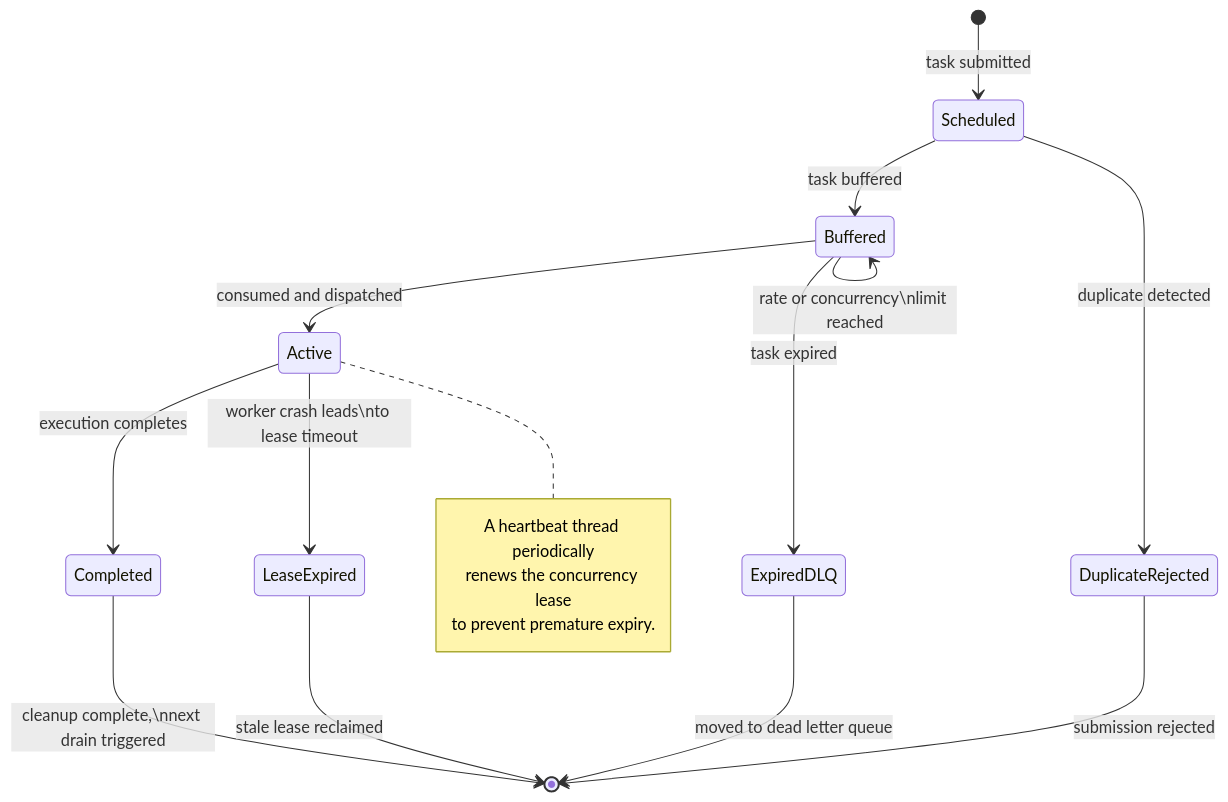
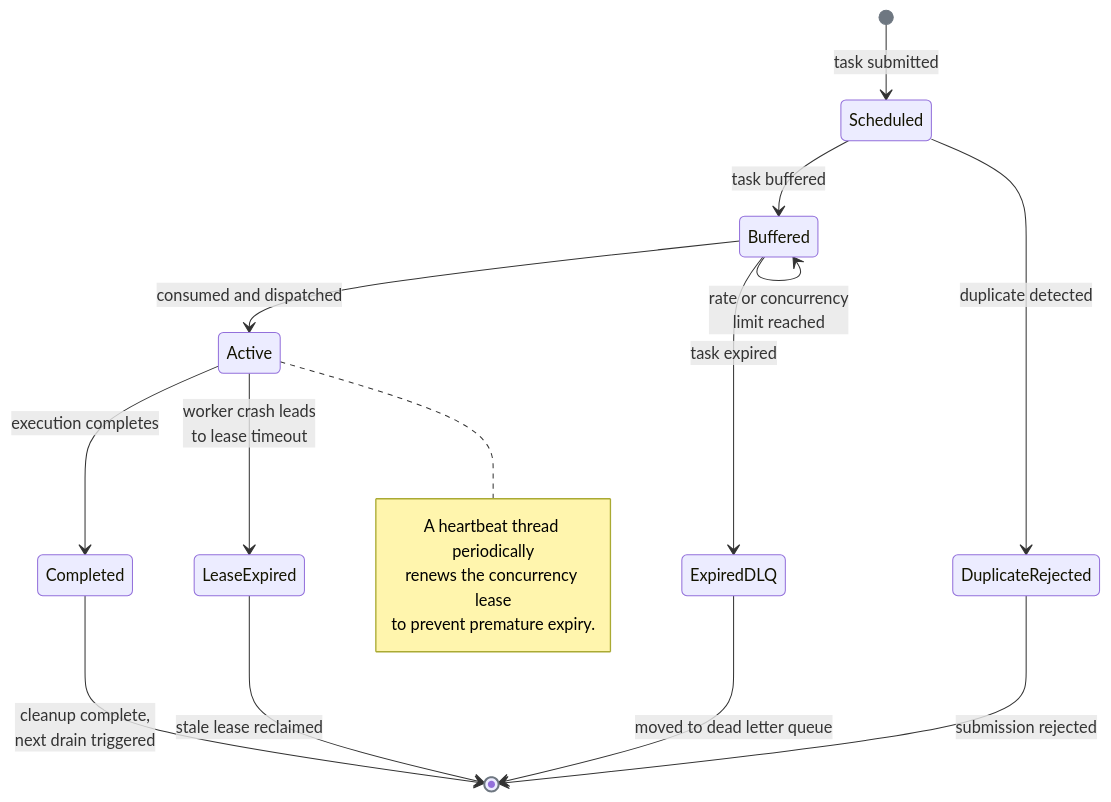
Before and after one commit to melroy999/redis-rate-limiter: the diagram in docs/architecture/task-states.md, drawn with Mermaid. The commit also changed 20 other files, not shown here.

Commit message:
[/async] Fixed test section dividers and line breaks + darkmode colors in mermaid diagrams.

````diff
--- a/docs/architecture/task-states.md
+++ b/docs/architecture/task-states.md
@@ -9,28 +9,29 @@
 ```mermaid
+%%{init: {"theme": "default", "themeVariables": {"lineColor": "#6e7781"}}}%%
 stateDiagram-v2
     [*] --> Scheduled : task submitted
 
     Scheduled --> Buffered : task buffered
     Scheduled --> DuplicateRejected : duplicate detected
 
     DuplicateRejected --> [*] : submission rejected
 
     Buffered --> Active : consumed and dispatched
     Buffered --> ExpiredDLQ : task expired
-    Buffered --> Buffered : rate or concurrency\nlimit reached
+    Buffered --> Buffered : rate or concurrency<br>limit reached
 
     ExpiredDLQ --> [*] : moved to dead letter queue
 
     Active --> Completed : execution completes
-    Active --> LeaseExpired : worker crash leads\nto lease timeout
+    Active --> LeaseExpired : worker crash leads<br>to lease timeout
 
-    Completed --> [*] : cleanup complete,\nnext drain triggered
+    Completed --> [*] : cleanup complete,<br>next drain triggered
 
     LeaseExpired --> [*] : stale lease reclaimed
 
     note right of Active
         A heartbeat thread periodically
         renews the concurrency lease
         to prevent premature expiry.
     end note
 ```
````
